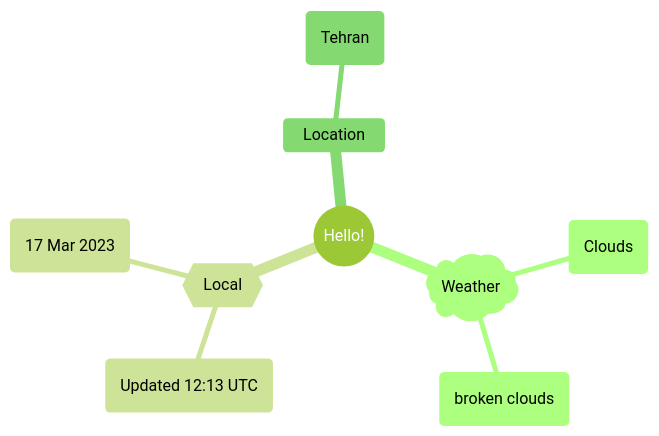
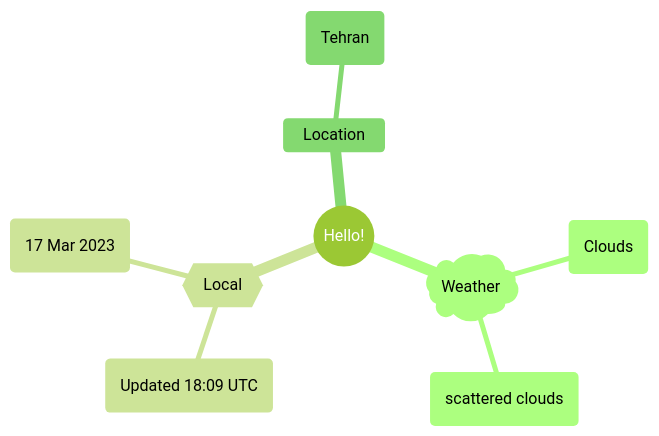
Before and after one commit to Xosrov/Xosrov: the first of 2 diagrams in README.md, drawn with Mermaid (forest theme).

Commit message:
[bot] updated images

````diff
--- a/README.md
+++ b/README.md
@@ -3,12 +3,12 @@
 ```mermaid
 mindmap
   root((Hello!))
     )Weather(
         (Clouds)
-        (broken clouds)
+        (scattered clouds)
     {{Local}}
-        (Updated 12:13 UTC)
+        (Updated 18:09 UTC)
         (17 Mar 2023)
     Location
         (Tehran)
 ```
````
